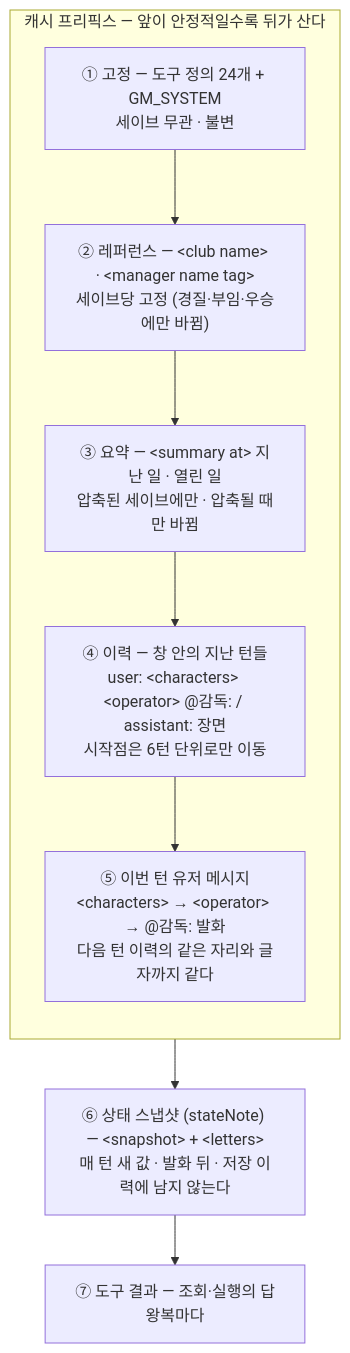
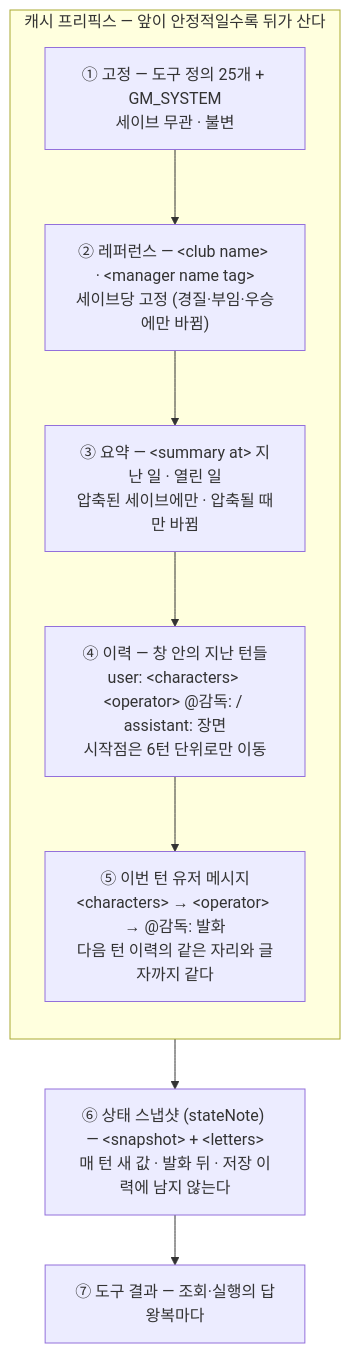
The third of 11 diagrams in docs/llm/pipeline.md (dhoonjang/story-fm), drawn with Mermaid before and after one commit. The commit also changed other lines of this file and 4 other files, not shown here.

````diff
--- a/docs/llm/pipeline.md
+++ b/docs/llm/pipeline.md
@@ -113,14 +113,14 @@
 ```mermaid
 flowchart TB
   subgraph CACHED["캐시 프리픽스 — 앞이 안정적일수록 뒤가 산다"]
     direction TB
-    S0["① 고정 — 도구 정의 24개 + GM_SYSTEM<br/>세이브 무관 · 불변"]
+    S0["① 고정 — 도구 정의 25개 + GM_SYSTEM<br/>세이브 무관 · 불변"]
     S1["② 레퍼런스 — #lt;club name#gt; · #lt;manager name tag#gt;<br/>세이브당 고정 (경질·부임·우승에만 바뀜)"]
     S2["③ 요약 — #lt;summary at#gt; 지난 일 · 열린 일<br/>압축된 세이브에만 · 압축될 때만 바뀜"]
     S3["④ 이력 — 창 안의 지난 턴들<br/>user: #lt;characters#gt; #lt;operator#gt; @감독: / assistant: 장면<br/>시작점은 6턴 단위로만 이동"]
     S4["⑤ 이번 턴 유저 메시지<br/>#lt;characters#gt; → #lt;operator#gt; → @감독: 발화<br/>다음 턴 이력의 같은 자리와 글자까지 같다"]
   end
   S5["⑥ 상태 스냅샷 (stateNote) — #lt;snapshot#gt; + #lt;letters#gt;<br/>매 턴 새 값 · 발화 뒤 · 저장 이력에 남지 않는다"]
   S6["⑦ 도구 결과 — 조회·실행의 답<br/>왕복마다"]
   S0 --> S1 --> S2 --> S3 --> S4 --> S5 --> S6
 ```
````
